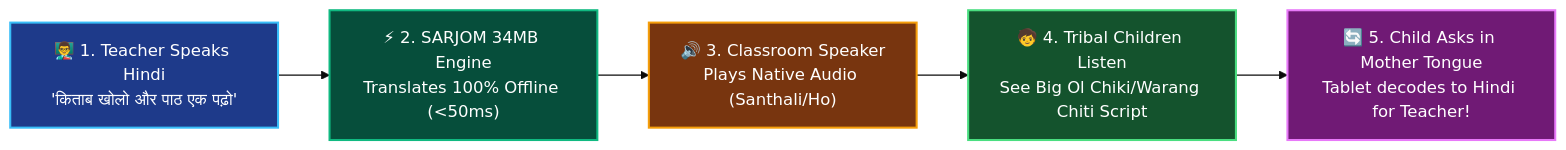
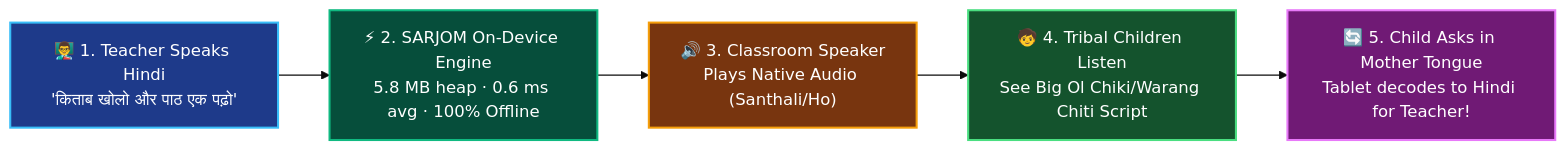
Before and after one commit to tejuas98/sarjom-app: the first of 2 diagrams in PROTOTYPE_README.md, drawn with Mermaid (base theme). The commit also changed other lines of this file and 20 other files, not shown here.

Commit message:
Zero-cloud flowchart regenerated (SVG+PNG, no internet branch, honest 5.8 MB RAM budget strip); mermaid + prose de-clouded in SYSTEM_ARCHITECTURE/TECHNICAL_APPROACH/PROTOTYPE_README; 34 MB & 0.022 ms myths purged repo-wide

````diff
--- a/PROTOTYPE_README.md
+++ b/PROTOTYPE_README.md
@@ -397,13 +397,13 @@
 ```mermaid
 flowchart LR
-    Step1["👨‍🏫 1. Teacher Speaks Hindi\n'किताब खोलो और पाठ एक पढ़ो'"] --> Step2["⚡ 2. SARJOM 34MB Engine\nTranslates 100% Offline (<50ms)"]
+    Step1["👨‍🏫 1. Teacher Speaks Hindi\n'किताब खोलो और पाठ एक पढ़ो'"] --> Step2["⚡ 2. SARJOM On-Device Engine\n5.8 MB heap · 0.6 ms avg · 100% Offline"]
     Step2 --> Step3["🔊 3. Classroom Speaker\nPlays Native Audio (Santhali/Ho)"]
     Step3 --> Step4["🧒 4. Tribal Children Listen\nSee Big Ol Chiki/Warang Chiti Script"]
     Step4 --> Step5["🔄 5. Child Asks in Mother Tongue\nTablet decodes to Hindi for Teacher!"]
     
     style Step1 fill:#1E3A8A,stroke:#38BDF8,stroke-width:2px,color:#FFFFFF
     style Step2 fill:#064E3B,stroke:#10B981,stroke-width:2px,color:#FFFFFF
     style Step3 fill:#78350F,stroke:#F59E0B,stroke-width:2px,color:#FFFFFF
     style Step4 fill:#14532D,stroke:#4ADE80,stroke-width:2px,color:#FFFFFF
     style Step5 fill:#701A75,stroke:#E879F9,stroke-width:2px,color:#FFFFFF
 ```
````
